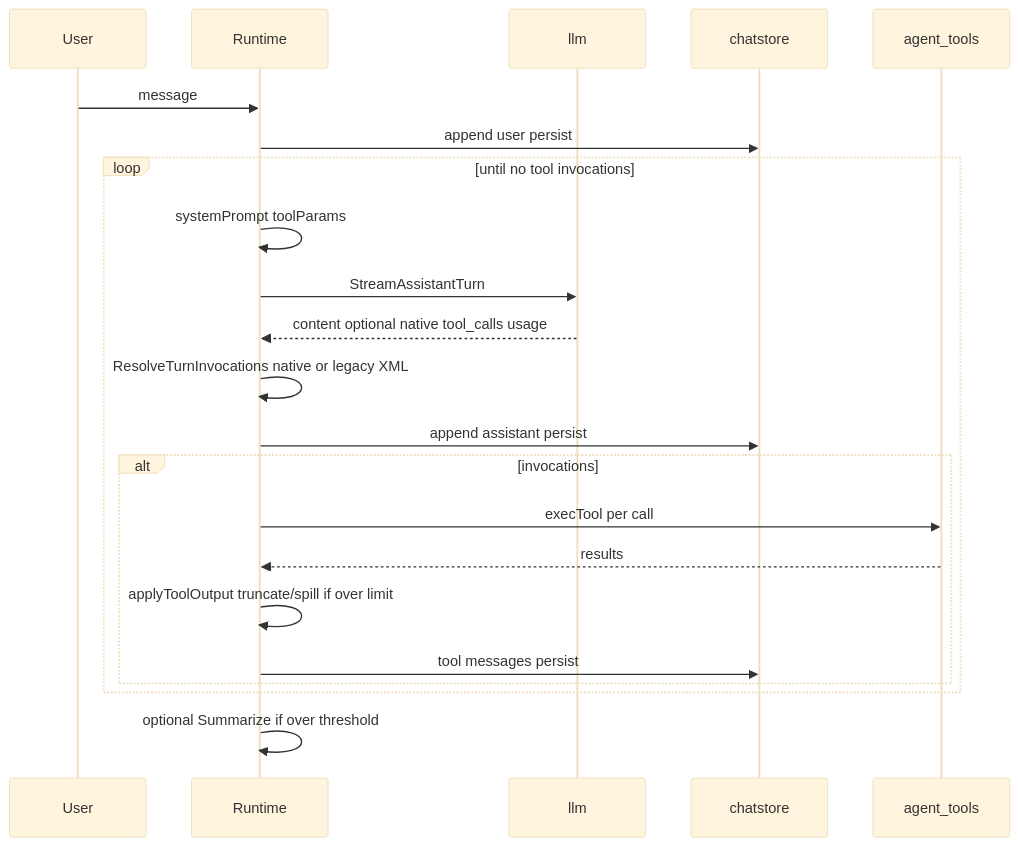
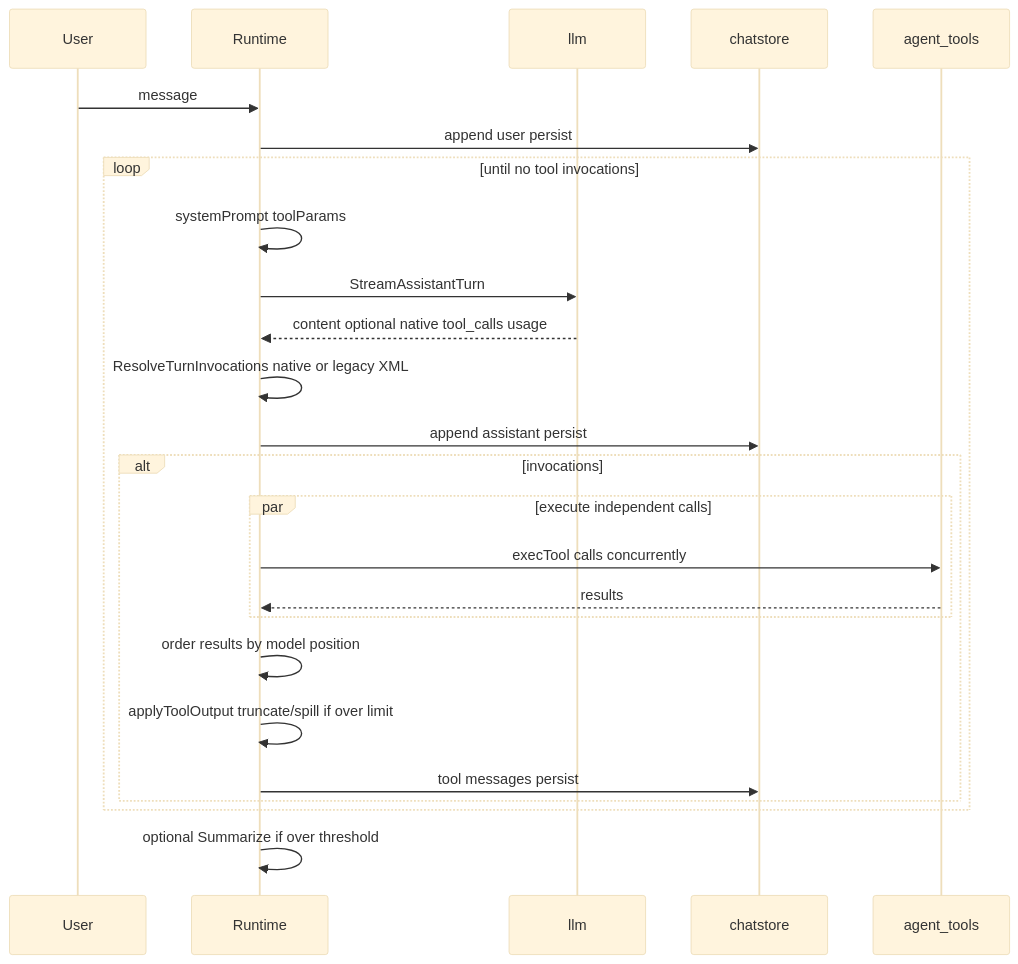
The diagram in docs/architecture/agent-turn-pipeline.md (SAPPHIR3-ROS3/Solomon), drawn with Mermaid (base theme) before and after one commit. The commit also changed other lines of this file and 13 other files, not shown here.

Commit message:
feat: execute requested tool calls concurrently

````diff
--- a/docs/architecture/agent-turn-pipeline.md
+++ b/docs/architecture/agent-turn-pipeline.md
@@ -40,25 +54,28 @@
 ```mermaid
 sequenceDiagram
   participant User
   participant RT as Runtime
   participant LLM as llm
   participant Store as chatstore
   participant Tools as agent_tools
 
   User->>RT: message
   RT->>Store: append user persist
   loop until no tool invocations
     RT->>RT: systemPrompt toolParams
     RT->>LLM: StreamAssistantTurn
     LLM-->>RT: content optional native tool_calls usage
     RT->>RT: ResolveTurnInvocations native or legacy XML
     RT->>Store: append assistant persist
     alt invocations
-      RT->>Tools: execTool per call
-      Tools-->>RT: results
+      par execute independent calls
+        RT->>Tools: execTool calls concurrently
+        Tools-->>RT: results
+      end
+      RT->>RT: order results by model position
       RT->>RT: applyToolOutput truncate/spill if over limit
       RT->>Store: tool messages persist
     end
   end
   RT->>RT: optional Summarize if over threshold
 ```
````
